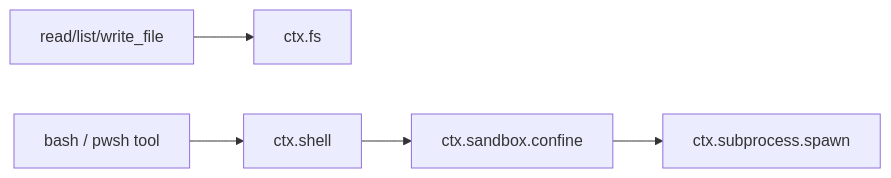
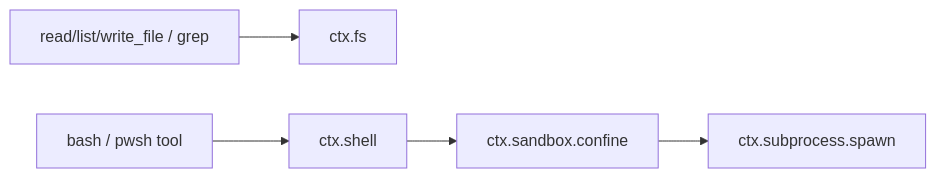
Before and after one commit to lobster-bujiaban/lob-harness: the third of 4 diagrams in docs/技术架构.md, drawn with Mermaid. The commit also changed 16 other files, not shown here.

````diff
--- a/docs/技术架构.md
+++ b/docs/技术架构.md
@@ -113,7 +113,7 @@
 ```mermaid
 flowchart LR
-  fileTools["read/list/write_file"] --> fs["ctx.fs"]
+  fileTools["read/list/write_file / grep"] --> fs["ctx.fs"]
   bash["bash / pwsh tool"] --> shell["ctx.shell"]
   shell --> sandbox["ctx.sandbox.confine"]
   sandbox --> subprocess["ctx.subprocess.spawn"]
 ```
````
